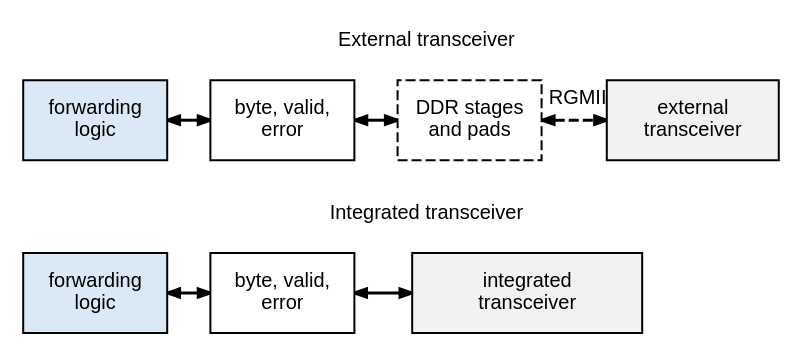
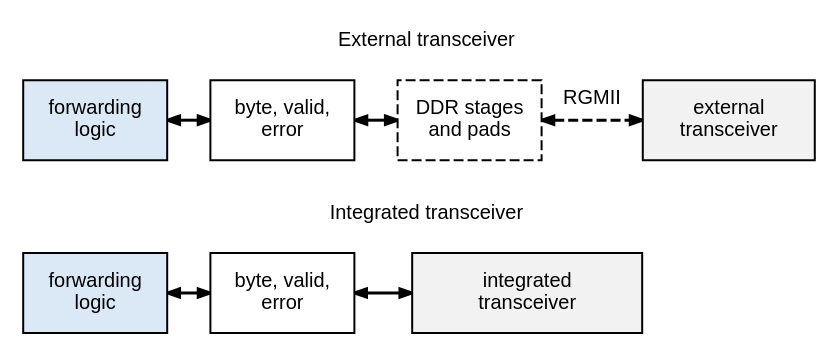
Before and after one commit to mithro/evampire: the diagram in docs/ethernet/rgmii/byte-interface.dot, drawn with Graphviz. The commit also changed 2 other files, not shown here.

Commit message:
Tidy RGMII figure labels after review
Move the RGMII link label clear of the boxes, move the connected-supply
label off its line, and state the tagged minimum payload in the frame
caption.

```diff
--- a/docs/ethernet/rgmii/byte-interface.dot
+++ b/docs/ethernet/rgmii/byte-interface.dot
@@ -1,41 +1,41 @@
 // The byte interface between the forwarding logic and a port, with an
 // external transceiver over RGMII and with an integrated transceiver.
 // Parts needed only with an external transceiver are drawn dashed.
 //
 // Fixed grid, positions in inches. Top: external. Bottom: integrated.
 //
 // SPDX-License-Identifier: Apache-2.0
 
 digraph byte_interface {
     graph [layout=neato, splines=false, outputorder=edgesfirst,
            fontname="Helvetica", fontsize=10];
     node  [fontname="Helvetica", fontsize=9, pin=true, shape=box,
            style=filled, fixedsize=true, height=0.55];
     edge  [penwidth=1.5, arrowsize=0.6, dir=both];
 
     node [shape=plaintext, style="", width=3.6, height=0.25, fontsize=10];
     h1 [pos="2.9,1.95!", label="External transceiver"];
     h2 [pos="2.9,0.75!", label="Integrated transceiver"];
 
     node [shape=box, style=filled, height=0.55];
     f1 [pos="0.6,1.4!", width=1.0, fillcolor="#dbe8f5",
         label="forwarding\nlogic"];
     b1 [pos="1.9,1.4!", width=1.0, fillcolor="#ffffff",
         label="byte, valid,\nerror"];
     d1 [pos="3.2,1.4!", width=1.0, fillcolor="#ffffff", style="filled,dashed",
         label="DDR stages\nand pads"];
-    p1 [pos="4.75,1.4!", width=1.2, fillcolor="#f2f2f2",
+    p1 [pos="5.0,1.4!", width=1.2, fillcolor="#f2f2f2",
         label="external\ntransceiver"];
     f1 -> b1 -> d1;
     d1 -> p1 [style=dashed];
-    rg [pos="3.95,1.55!", shape=plaintext, style="", width=0.6,
+    rg [pos="4.05,1.55!", shape=plaintext, style="", width=0.6,
         height=0.2, label="RGMII"];
 
     f2 [pos="0.6,0.2!", width=1.0, fillcolor="#dbe8f5",
         label="forwarding\nlogic"];
     b2 [pos="1.9,0.2!", width=1.0, fillcolor="#ffffff",
         label="byte, valid,\nerror"];
     p2 [pos="3.6,0.2!", width=1.6, fillcolor="#f2f2f2",
         label="integrated\ntransceiver"];
     f2 -> b2 -> p2;
 }
```
